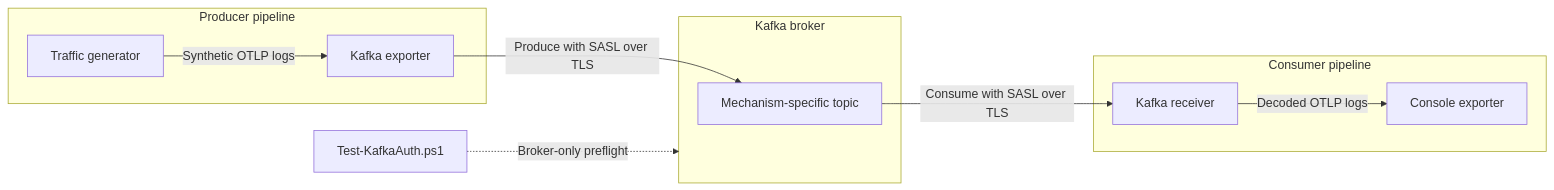
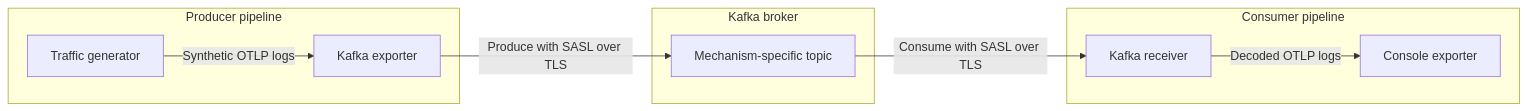
The diagram in rust/otap-dataflow/examples/kafka-sasl-tls/README.md (bsapozhnikov/otel-arrow), drawn with Mermaid before and after one commit. The commit also changed other lines of this file and 3 other files, not shown here.

First line of the commit message:
test(kafka): add Docker dataflow validation

````diff
--- a/rust/otap-dataflow/examples/kafka-sasl-tls/README.md
+++ b/rust/otap-dataflow/examples/kafka-sasl-tls/README.md
@@ -18,22 +18,21 @@
 ```mermaid
 flowchart LR
     subgraph producer[Producer pipeline]
         generator[Traffic generator]
         kafka_exporter[Kafka exporter]
         generator -->|Synthetic OTLP logs| kafka_exporter
     end
 
     subgraph broker[Kafka broker]
         topic[Mechanism-specific topic]
     end
 
     subgraph consumer[Consumer pipeline]
         kafka_receiver[Kafka receiver]
         console[Console exporter]
         kafka_receiver -->|Decoded OTLP logs| console
     end
 
     kafka_exporter -->|Produce with SASL over TLS| topic
     topic -->|Consume with SASL over TLS| kafka_receiver
-    auth_test[Test-KafkaAuth.ps1] -. Broker-only preflight .-> broker
 ```
````
